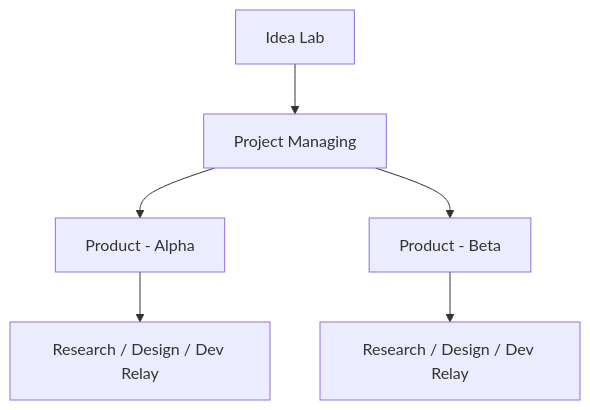
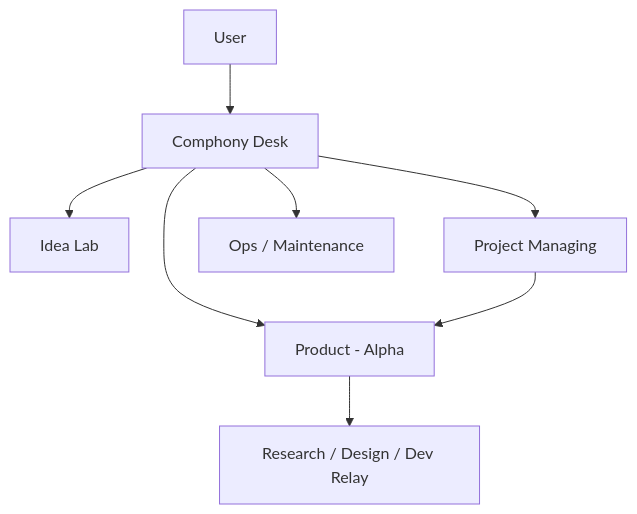
Before and after one commit to tahooki/comphony: the diagram in docs/COMPHONY_COMPANY_MODEL.md, drawn with Mermaid. The commit also changed other lines of this file and 14 other files, not shown here.

Commit message:
Add Comphony Desk routing model

````diff
--- a/docs/COMPHONY_COMPANY_MODEL.md
+++ b/docs/COMPHONY_COMPANY_MODEL.md
@@ -26,8 +26,10 @@
 ```mermaid
 flowchart TD
-    A["Idea Lab"] --> B["Project Managing"]
-    B --> C["Product - Alpha"]
-    B --> D["Product - Beta"]
+    U["User"] --> D["Comphony Desk"]
+    D --> I["Idea Lab"]
+    D --> P["Project Managing"]
+    D --> C["Product - Alpha"]
+    D --> O["Ops / Maintenance"]
+    P --> C
     C --> E["Research / Design / Dev Relay"]
-    D --> F["Research / Design / Dev Relay"]
 ```
````
